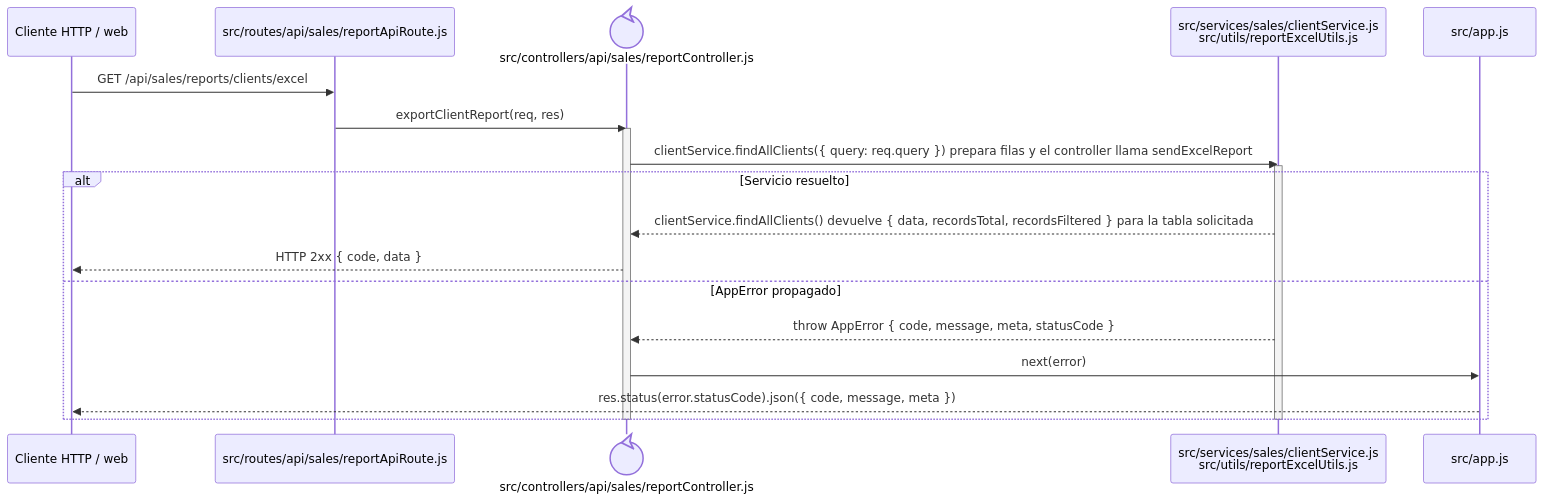
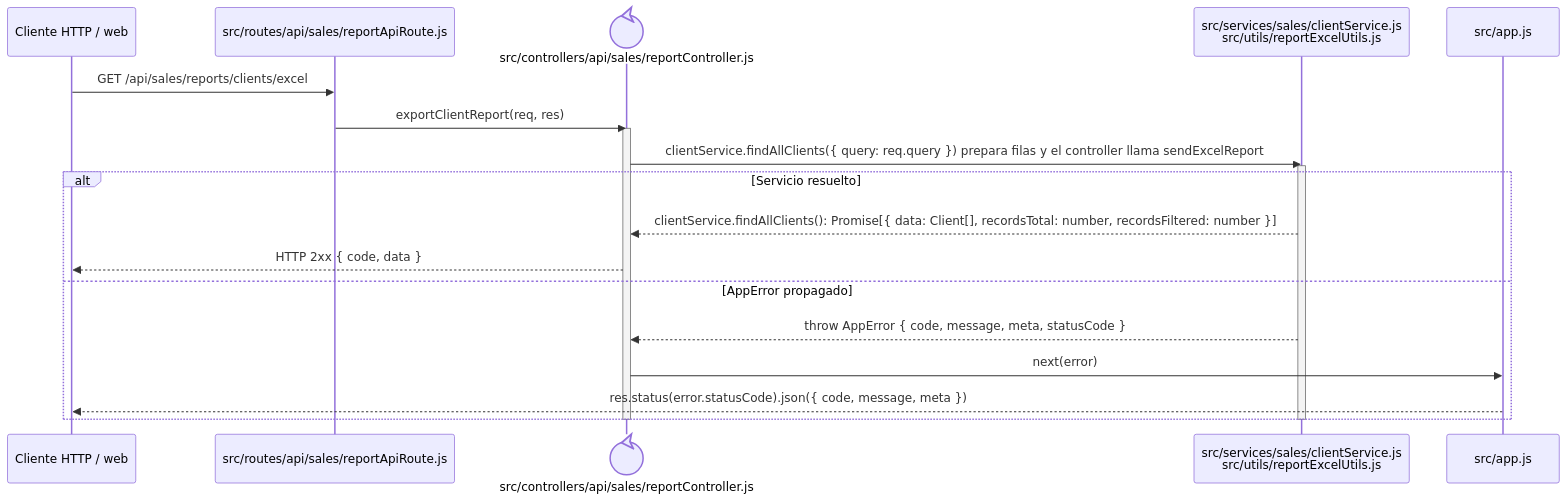
One commit to gpgsistemas01/nexus changed the diagram in docs/architecture/backend-code-sequences/catalogs/cu-cat-08.md. Above: the diagram before and after it, drawn with Mermaid. The commit also changed 146 other files, not shown here.

````diff
--- a/docs/architecture/backend-code-sequences/catalogs/cu-cat-08.md
+++ b/docs/architecture/backend-code-sequences/catalogs/cu-cat-08.md
@@ -6,24 +6,24 @@
 ```mermaid
 sequenceDiagram
     participant Client as Cliente HTTP / web
     participant Route as src/routes/api/sales/reportApiRoute.js
     participant Controller@{ "type": "control" } as src/controllers/api/sales/reportController.js
     participant Domain as src/services/sales/clientService.js<br/>src/utils/reportExcelUtils.js
     participant ErrorHandler as src/app.js
 
     Client->>Route: GET /api/sales/reports/clients/excel
     Route->>Controller: exportClientReport(req, res)
     activate Controller
     Controller->>Domain: clientService.findAllClients({ query: req.query }) prepara filas y el controller llama sendExcelReport
     activate Domain
     alt Servicio resuelto
-        Domain-->>Controller: clientService.findAllClients() devuelve { data, recordsTotal, recordsFiltered } para la tabla solicitada
+        Domain-->>Controller: clientService.findAllClients(): Promise[{ data: Client[], recordsTotal: number, recordsFiltered: number }]
         Controller-->>Client: HTTP 2xx { code, data }
     else AppError propagado
         Domain-->>Controller: throw AppError { code, message, meta, statusCode }
         Controller->>ErrorHandler: next(error)
         ErrorHandler-->>Client: res.status(error.statusCode).json({ code, message, meta })
     end
     deactivate Domain
     deactivate Controller
 ```
````
